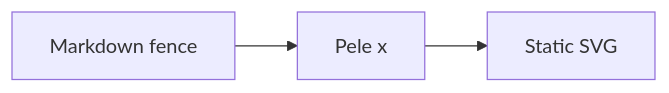
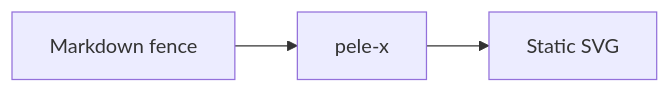
One commit to t128n/pele-x changed the diagram in apps/docs/src/content/docs/index.md. Above: the diagram before and after it, drawn with Mermaid. The commit also changed other lines of this file and 14 other files, not shown here.

````diff
--- a/apps/docs/src/content/docs/index.md
+++ b/apps/docs/src/content/docs/index.md
@@ -9,5 +9,5 @@
 ```mermaid title="From Markdown to SVG"
 flowchart LR
-	A[Markdown fence] --> B[Pele x]
+	A[Markdown fence] --> B[pele-x]
 	B --> C[Static SVG]
 ```
````
